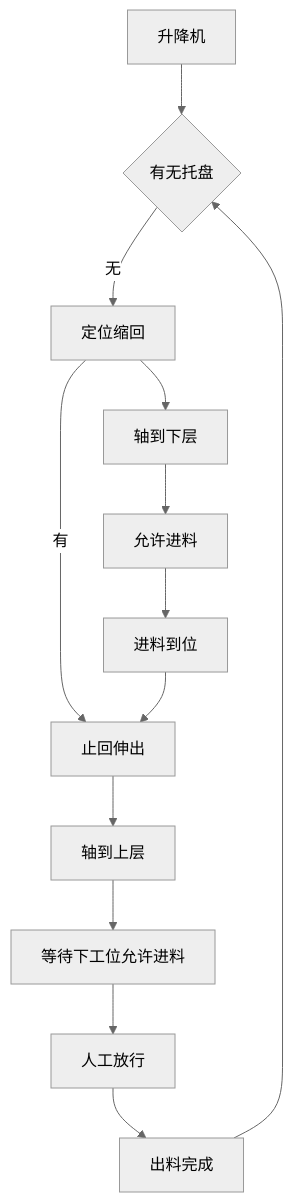
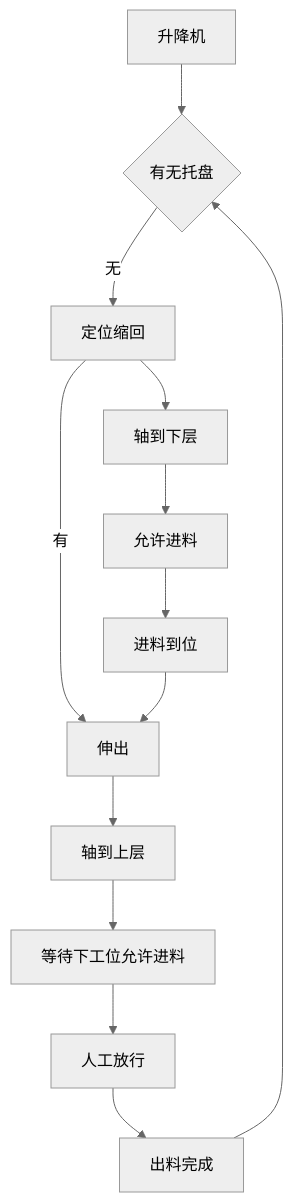
The diagram in all/升降台.md (PengKun1/iodraw-files), drawn with Mermaid (neutral theme) before and after one commit.

Commit message:
2024-12-23 10:23:05 update

````diff
--- a/all/升降台.md
+++ b/all/升降台.md
@@ -1,17 +1,17 @@
 ```mermaid
 graph TD
 0[升降机]-->10
 10{有无托盘}-->|无|20
 20-->|有|60
 20[止回缩回]-->30
 20[定位缩回]
 30[轴到下层]-->40
 40[允许进料]-->50
 50[进料到位]-->60
-60[止回伸出]-->70
-
+60[止回/伸出]-->70
+60[伸出]
 70[轴到上层]-->80
 80[等待下工位允许进料]-->90
 90[人工放行]-->100
 100[出料完成]-->10
 ```
````
